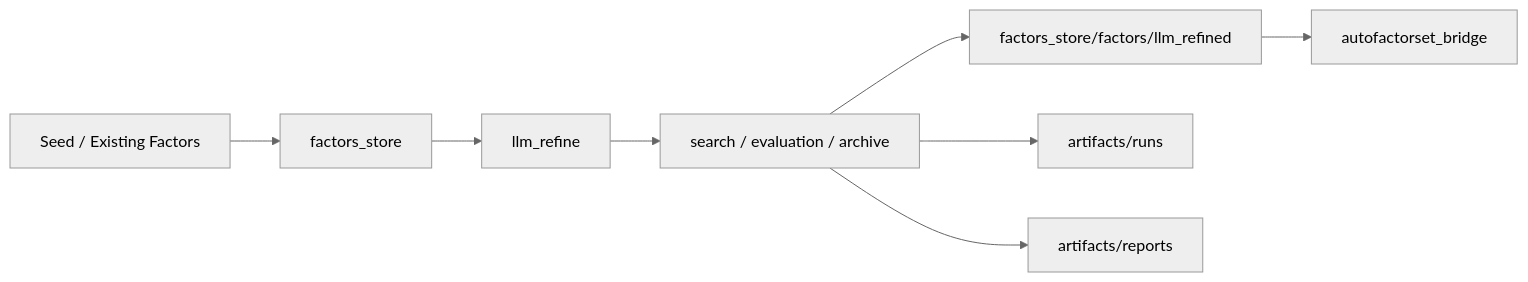
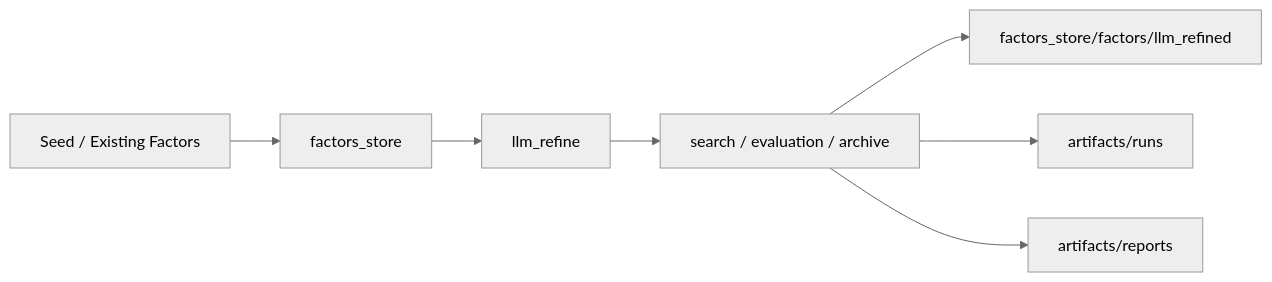
One commit to zhangxinyue1017/AlphaRefinery changed the first of 2 diagrams in README_CN.md. Above: the diagram before and after it, drawn with Mermaid (neutral theme). The commit also changed other lines of this file and 24 other files, not shown here.

````diff
--- a/README_CN.md
+++ b/README_CN.md
@@ -112,10 +112,9 @@
 ```mermaid
 graph LR
     A[Seed / Existing Factors] --> B[factors_store]
     B --> C[llm_refine]
     C --> D[search / evaluation / archive]
     D --> E[factors_store/factors/llm_refined]
-    E --> F[autofactorset_bridge]
     D --> G[artifacts/runs]
     D --> H[artifacts/reports]
 ```
````
